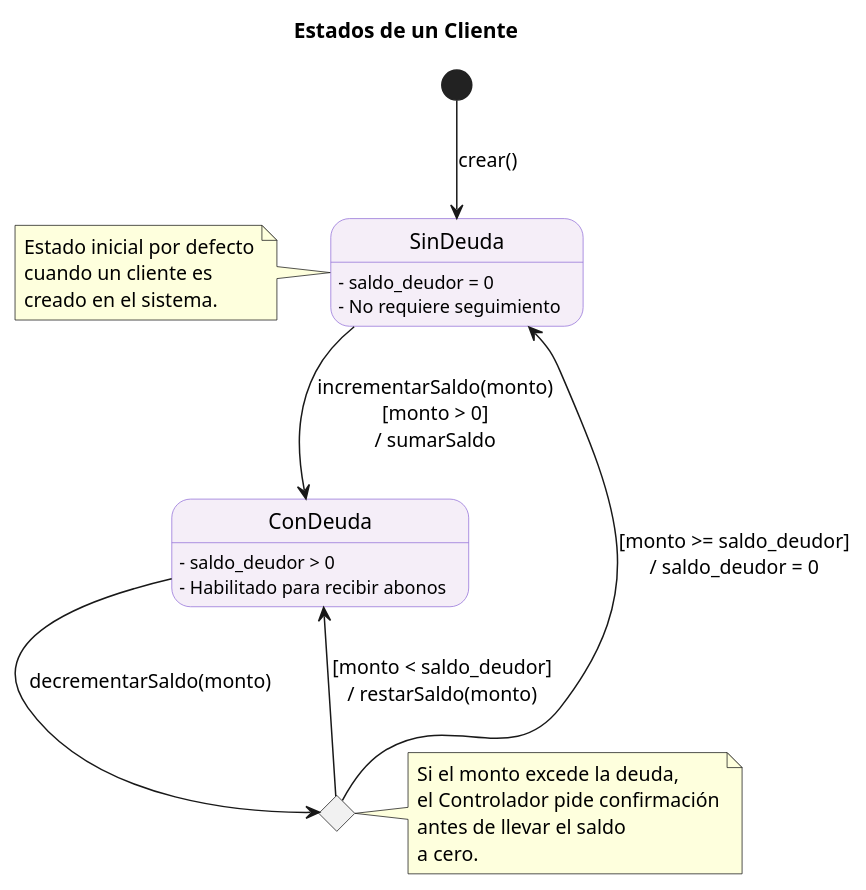
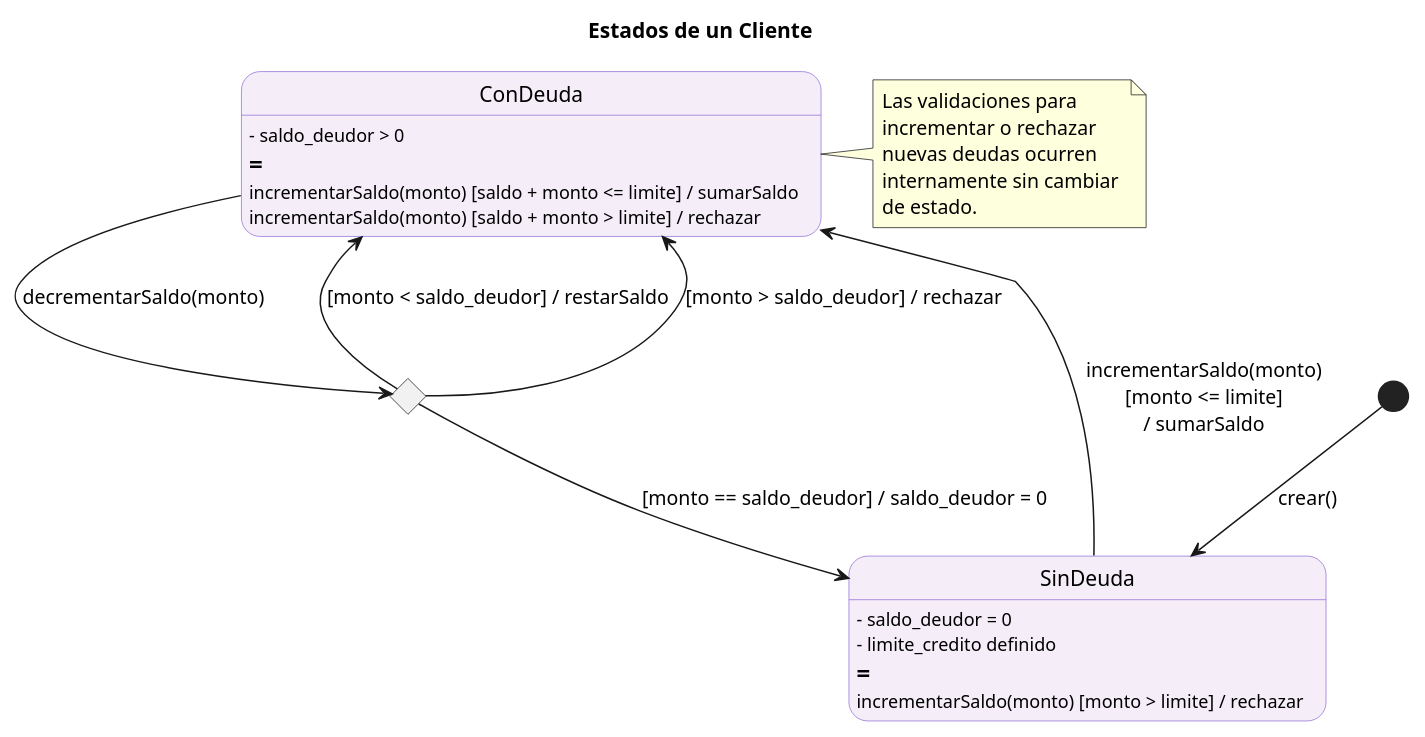
One commit to Re-L92/PJ-26 changed the diagram in DG-E/2-E.wsd. Above: the diagram before and after it, drawn with PlantUML. The commit also changed 1 other file, not shown here.

Commit message:
'ajustes' a diagramas

```diff
--- a/DG-E/2-E.wsd
+++ b/DG-E/2-E.wsd
@@ -1,42 +1,42 @@
 @startuml Diagrama Estado Cliente
 
 skinparam state {
   BackgroundColor #F5EEF8
   StartColor Purple
   EndColor Indigo
   BorderColor MediumPurple
 }
 
 title Estados de un Cliente
 
 [*] --> SinDeuda : crear()
 
 SinDeuda : - saldo_deudor = 0
-SinDeuda : - No requiere seguimiento
+SinDeuda : - limite_credito definido
+SinDeuda : ==
+SinDeuda : incrementarSaldo(monto) [monto > limite] / rechazar
 
-SinDeuda --> ConDeuda : incrementarSaldo(monto)\n[monto > 0]\n/ sumarSaldo
+SinDeuda --> ConDeuda : incrementarSaldo(monto)\n[monto <= limite]\n/ sumarSaldo
 
 ConDeuda : - saldo_deudor > 0
-ConDeuda : - Habilitado para recibir abonos
+ConDeuda : ==
+ConDeuda : incrementarSaldo(monto) [saldo + monto <= limite] / sumarSaldo
+ConDeuda : incrementarSaldo(monto) [saldo + monto > limite] / rechazar
 
 state EvaluarAbono <<choice>>
 
 ConDeuda --> EvaluarAbono : decrementarSaldo(monto)
 
-EvaluarAbono --> ConDeuda : [monto < saldo_deudor]\n/ restarSaldo(monto)
-EvaluarAbono --> SinDeuda : [monto >= saldo_deudor]\n/ saldo_deudor = 0
+EvaluarAbono --> ConDeuda : [monto < saldo_deudor] / restarSaldo
+EvaluarAbono --> ConDeuda : [monto > saldo_deudor] / rechazar
+EvaluarAbono --> SinDeuda : [monto == saldo_deudor] / saldo_deudor = 0
 
-note left of SinDeuda
-  Estado inicial por defecto
-  cuando un cliente es
-  creado en el sistema.
-end note
-
-note right of EvaluarAbono
-  Si el monto excede la deuda,
-  el Controlador pide confirmación
-  antes de llevar el saldo
-  a cero.
+note right of ConDeuda
+  Las validaciones para 
+  incrementar o rechazar 
+  nuevas deudas ocurren
+  internamente sin cambiar 
+  de estado.
 end note
 
 @enduml
```
